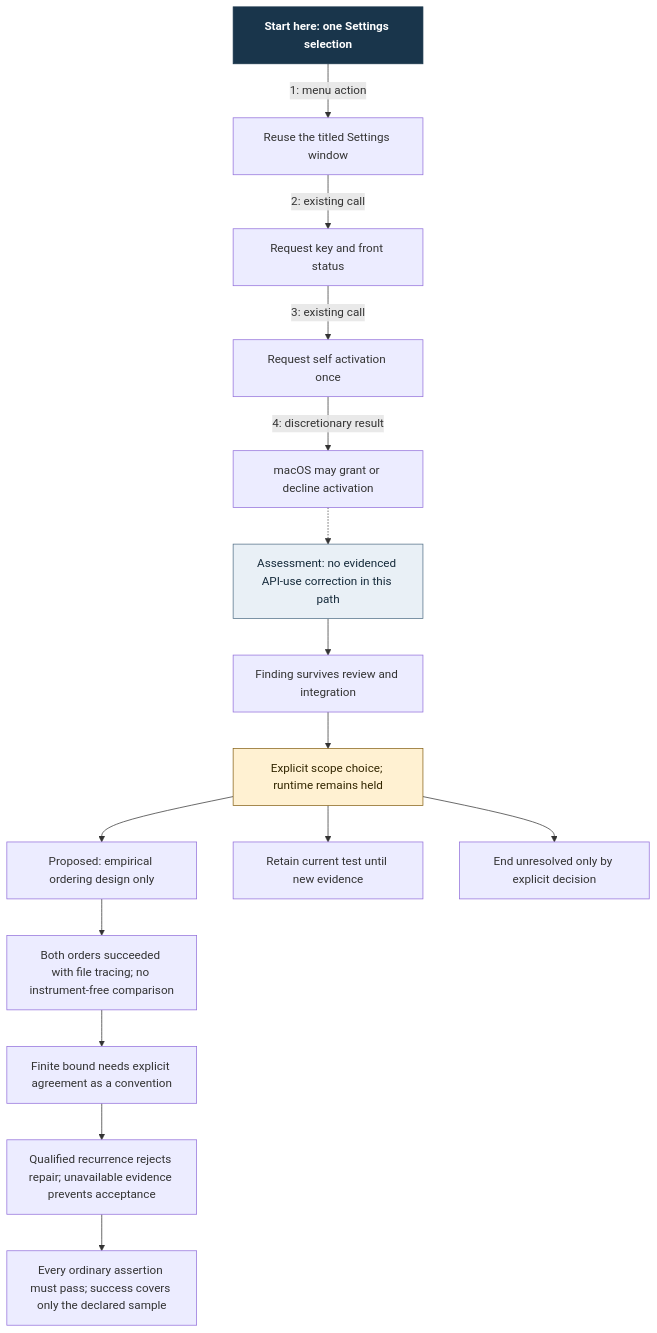
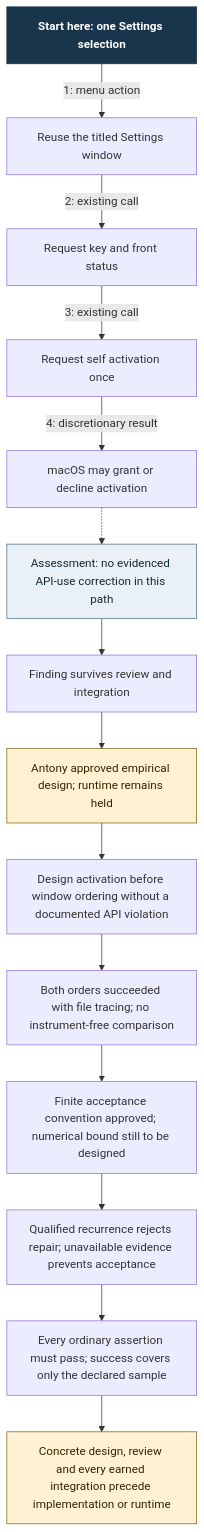
Before and after one commit to Linkuistics/Koine: the diagram in docs/design/architecture/settings-activation/correction-assessment.mmd, drawn with Mermaid. The commit also changed 16 other files, not shown here.

Commit message:
settings-activation-evaluation-scope-k46: record approval of empirical ordering design

```diff
--- a/docs/design/architecture/settings-activation/correction-assessment.mmd
+++ b/docs/design/architecture/settings-activation/correction-assessment.mmd
@@ -1,19 +1,18 @@
 flowchart TD
     S["Start here: one Settings selection"]:::start
     S -->|1: menu action| W["Reuse the titled Settings window"]
     W -->|2: existing call| K["Request key and front status"]
     K -->|3: existing call| A["Request self activation once"]
     A -->|4: discretionary result| O["macOS may grant or decline activation"]
     O -.-> F["Assessment: no evidenced API-use correction in this path"]:::finding
     F --> R["Finding survives review and integration"]
-    R --> Q["Explicit scope choice; runtime remains held"]:::hold
-    Q --> E["Proposed: empirical ordering design only"]
+    R --> Q["Antony approved empirical design; runtime remains held"]:::hold
+    Q --> E["Design activation before window ordering without a documented API violation"]
     E --> I["Both orders succeeded with file tracing; no instrument-free comparison"]
-    I --> C["Finite bound needs explicit agreement as a convention"]
+    I --> C["Finite acceptance convention approved; numerical bound still to be designed"]
     C --> P["Qualified recurrence rejects repair; unavailable evidence prevents acceptance"]
     P --> B["Every ordinary assertion must pass; success covers only the declared sample"]
-    Q --> H["Retain current test until new evidence"]
-    Q --> U["End unresolved only by explicit decision"]
+    B --> D["Concrete design, review and every earned integration precede implementation or runtime"]:::hold
     classDef start fill:#19354b,color:#fff,font-weight:bold,stroke:#19354b
     classDef finding fill:#e9f0f6,color:#152a3a,stroke:#526f87
     classDef hold fill:#fff1d2,color:#322600,stroke:#866216
```
